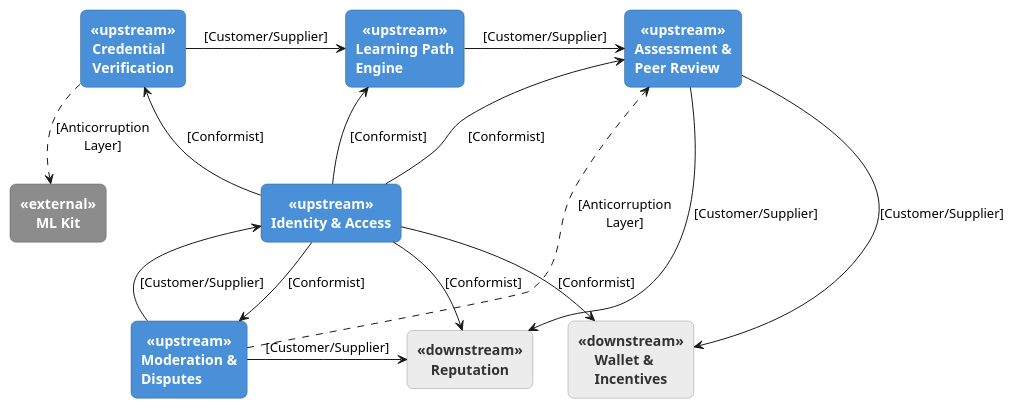
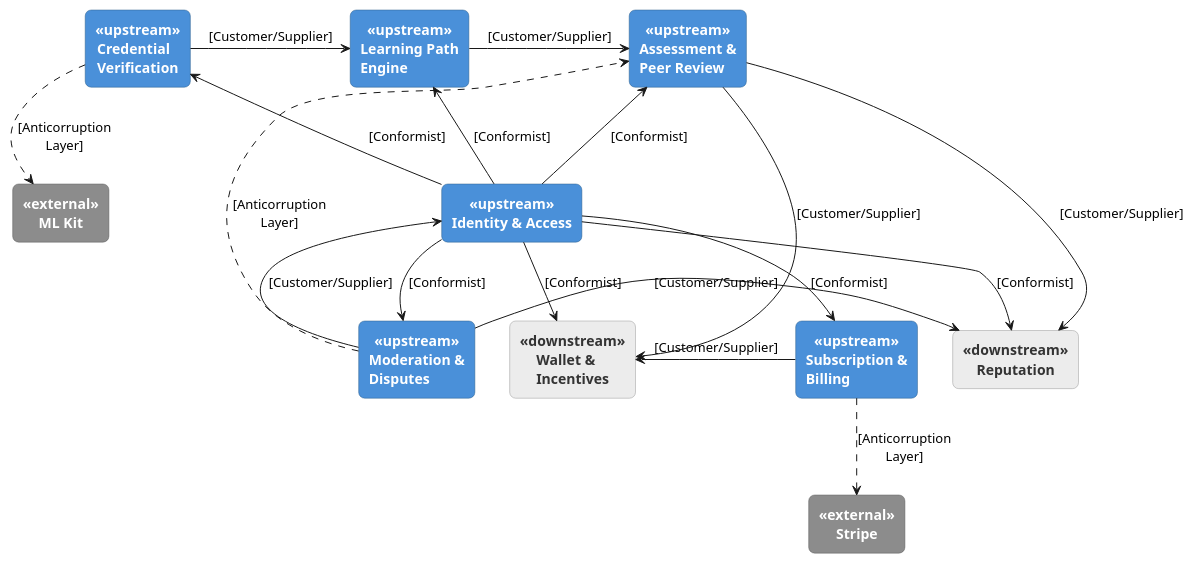
Before and after one commit to Aplicaciones-Dispositivos-Moviles/SkillSwap-ProjectReport: the diagram in DB&C4/SkillSwapContextMapping.puml, drawn with PlantUML. The commit also changed 15 other files, not shown here.

Commit message:
docs: add container diagrams and context mapping

```diff
--- a/DB&C4/SkillSwapContextMapping.puml
+++ b/DB&C4/SkillSwapContextMapping.puml
@@ -1,74 +1,84 @@
 @startuml SkillSwapContextMapping
 
 skinparam backgroundColor transparent
 skinparam rectangle {
     RoundCorner 12
     BorderColor #333333
     FontStyle bold
 }
 
 skinparam rectangle<<upstream>> {
     BackgroundColor #4A90D9
     FontColor white
     BorderColor #2C5F8A
 }
 
 skinparam rectangle<<downstream>> {
     BackgroundColor #ECECEC
     FontColor #333333
     BorderColor #999999
 }
 
 skinparam rectangle<<external>> {
     BackgroundColor #8C8C8C
     FontColor white
     BorderColor #5C5C5C
 }
 
 ' ===== Fila superior =====
 rectangle "Credential\nVerification" as CV <<upstream>>
 rectangle "Learning Path\nEngine" as LPE <<upstream>>
 rectangle "Assessment &\nPeer Review" as APR <<upstream>>
 rectangle "ML Kit" as MLK <<external>>
 
 ' ===== Fila media =====
 rectangle "Identity & Access" as IAM <<upstream>>
 rectangle "Reputation" as REP <<downstream>>
 
 ' ===== Fila inferior =====
 rectangle "Moderation &\nDisputes" as MOD <<upstream>>
 rectangle "Wallet &\nIncentives" as WAL <<downstream>>
+rectangle "Subscription &\nBilling" as SUB <<upstream>>
+rectangle "Stripe" as STR <<external>>
 
 ' ===== Layout: forzar filas con enlaces invisibles =====
 CV -[hidden]right-> LPE
 LPE -[hidden]right-> APR
+APR -[hidden]right-> MLK
 IAM -[hidden]right-> REP
 MOD -[hidden]right-> WAL
+WAL -[hidden]right-> SUB
+SUB -[hidden]right-> STR
 CV -[hidden]down-> IAM
 IAM -[hidden]down-> MOD
 
 ' ===== Relaciones reales =====
 
 ' Fila superior
 CV -right-> LPE : [Customer/Supplier]
 LPE -right-> APR : [Customer/Supplier]
 CV ..> MLK : [Anticorruption\nLayer]
 
 ' Identity & Access como Upstream/Conformist hacia todos
 IAM -up-> CV : [Conformist]
 IAM -up-> LPE : [Conformist]
 IAM -up-> APR : [Conformist]
 IAM -right-> REP : [Conformist]
 IAM -down-> WAL : [Conformist]
 IAM -left-> MOD : [Conformist]
+IAM -down-> SUB : [Conformist]
 
 ' Assessment & Peer Review hacia Reputation y Wallet
 APR -down-> REP : [Customer/Supplier]
 APR -down-> WAL : [Customer/Supplier]
 
 ' Moderation & Disputes
 MOD -up-> IAM : [Customer/Supplier]
 MOD -right-> REP : [Customer/Supplier]
 MOD ..> APR : [Anticorruption\nLayer]
 
+' Subscription & Billing
+SUB -left-> WAL : [Customer/Supplier]
+SUB ..> STR : [Anticorruption\nLayer]
+
 @enduml
```
